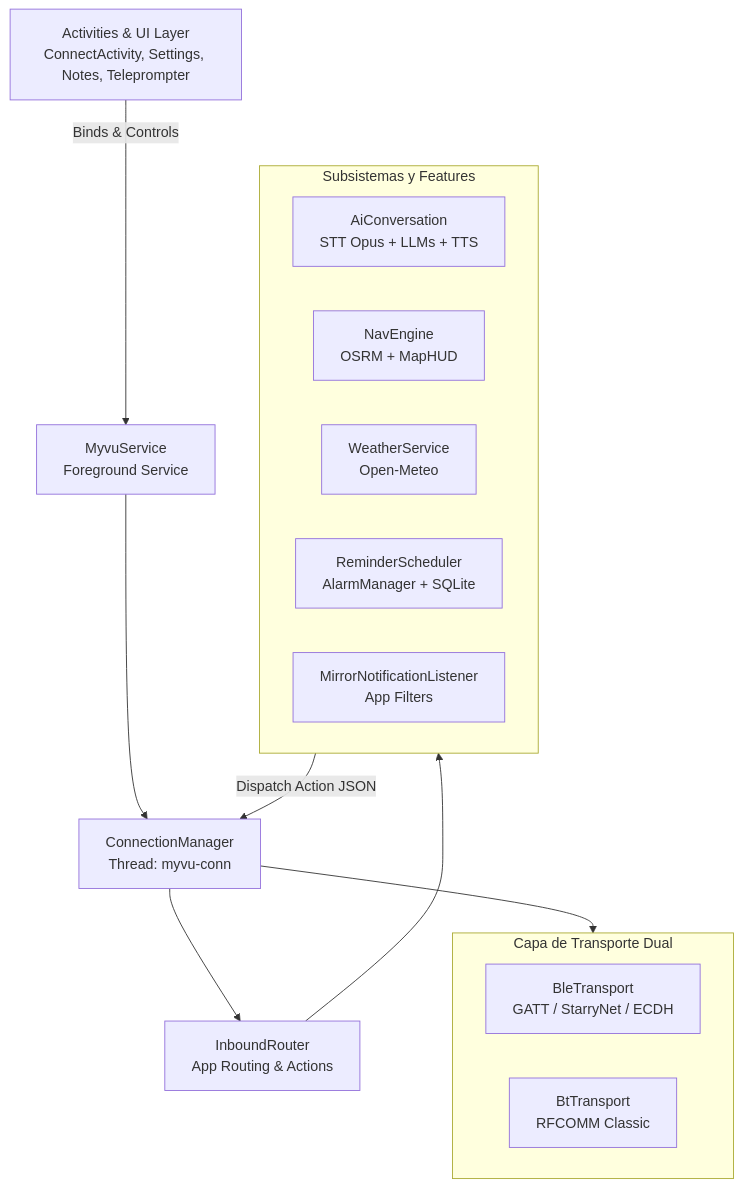
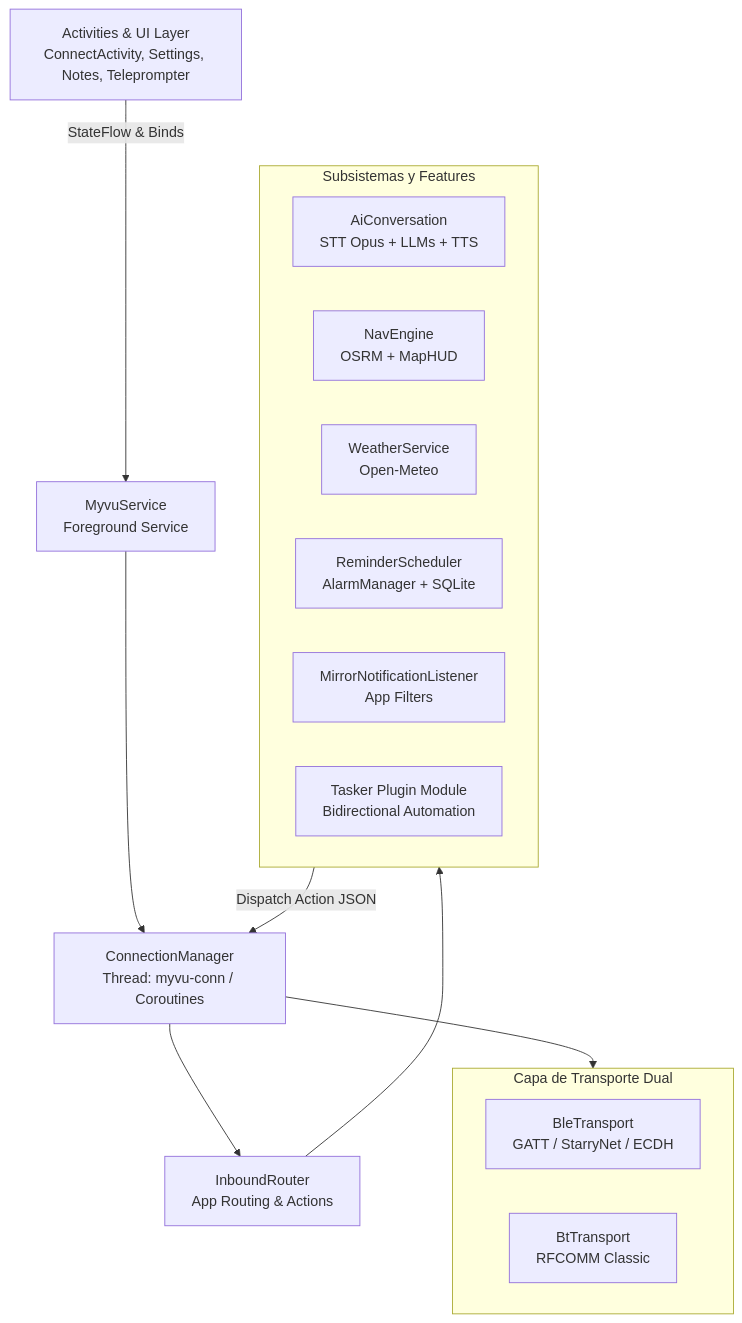
One commit to ralamgstromg/Meizu-Myvu-Client changed the first of 2 diagrams in android-kotlin/README.md. Above: the diagram before and after it, drawn with Mermaid. The commit also changed other lines of this file and 2 other files, not shown here.

Commit message:
docs: actualizar documentacion de android-kotlin, conexion reactiva y manual de plugin Tasker

````diff
--- a/android-kotlin/README.md
+++ b/android-kotlin/README.md
@@ -9,24 +9,25 @@
 ```mermaid
 graph TD
-    UI[Activities & UI Layer\nConnectActivity, Settings, Notes, Teleprompter] -->|Binds & Controls| Svc[MyvuService\nForeground Service]
-    Svc --> CM[ConnectionManager\nThread: myvu-conn]
+    UI[Activities & UI Layer\nConnectActivity, Settings, Notes, Teleprompter] -->|StateFlow & Binds| Svc[MyvuService\nForeground Service]
+    Svc --> CM[ConnectionManager\nThread: myvu-conn / Coroutines]
     
     subgraph Transports [Capa de Transporte Dual]
         BLE[BleTransport\nGATT / StarryNet / ECDH]
         BT[BtTransport\nRFCOMM Classic]
     end
     
     CM --> Transports
     CM --> InRouter[InboundRouter\nApp Routing & Actions]
     
     subgraph Subsystems [Subsistemas y Features]
         AI[AiConversation\nSTT Opus + LLMs + TTS]
         Nav[NavEngine\nOSRM + MapHUD]
         Weather[WeatherService\nOpen-Meteo]
         Reminders[ReminderScheduler\nAlarmManager + SQLite]
         Notifs[MirrorNotificationListener\nApp Filters]
+        Tasker[Tasker Plugin Module\nBidirectional Automation]
     end
     
     InRouter --> Subsystems
     Subsystems -->|Dispatch Action JSON| CM
 ```
````
